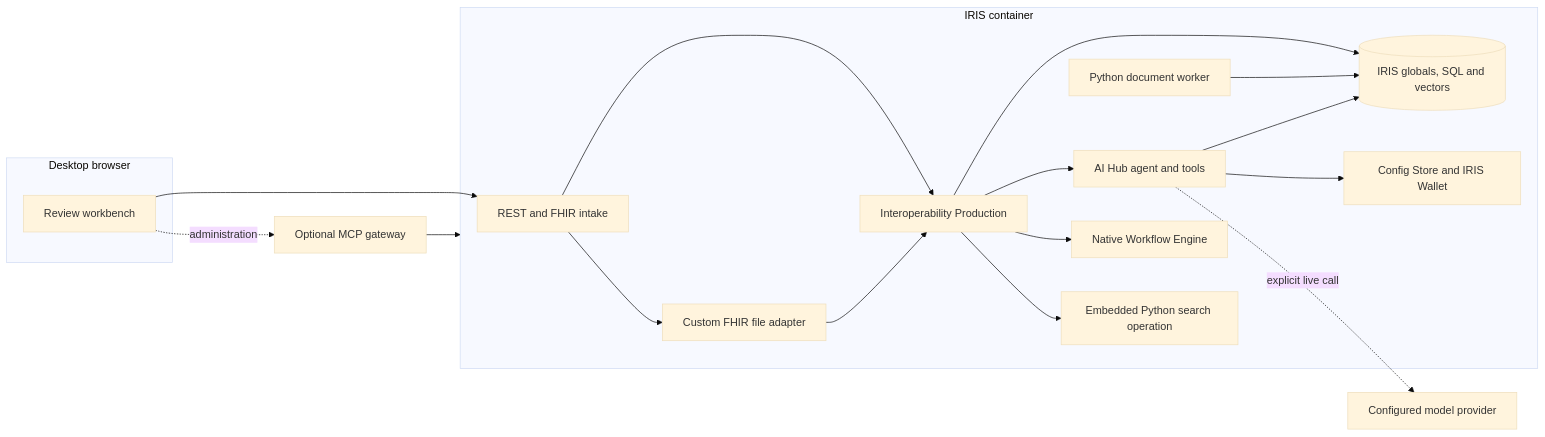
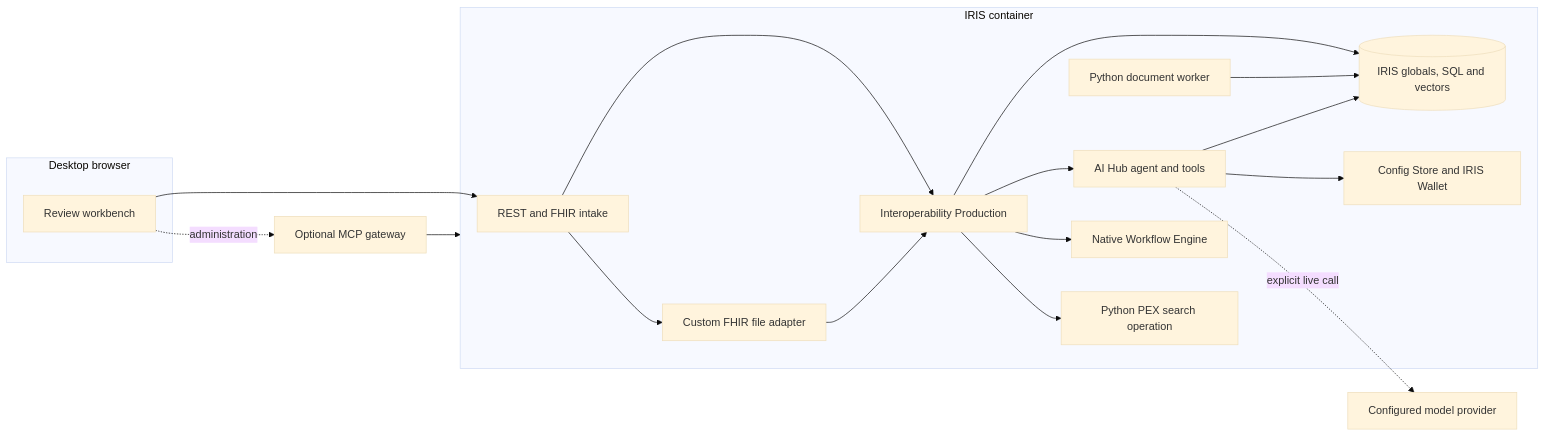
Before and after one commit to boanerges1227/MedicalInsuranceAudit: the second of 2 diagrams in README.md, drawn with Mermaid (base theme). The commit also changed other lines of this file and 10 other files, not shown here.

Commit message:
feat: run query embeddings through Python PEX

````diff
--- a/README.md
+++ b/README.md
@@ -81,31 +81,31 @@
 ```mermaid
 flowchart LR
     subgraph Client[Desktop browser]
         UI[Review workbench]
     end
     subgraph IRIS[IRIS container]
         API[REST and FHIR intake]
         ADAPTER[Custom FHIR file adapter]
         PROD[Interoperability Production]
         AGENT[AI Hub agent and tools]
         WORKER[Python document worker]
-        EMBED[Embedded Python search operation]
+        EMBED[Python PEX search operation]
         FLOW[Native Workflow Engine]
         STORE[(IRIS globals, SQL and vectors)]
         CONFIG[Config Store and IRIS Wallet]
         API --> PROD
         API --> ADAPTER
         ADAPTER --> PROD
         PROD --> STORE
         PROD --> AGENT
         PROD --> FLOW
         PROD --> EMBED
         AGENT --> STORE
         AGENT --> CONFIG
         WORKER --> STORE
     end
     UI --> API
     UI -. administration .-> GATEWAY[Optional MCP gateway]
     GATEWAY --> IRIS
     AGENT -. explicit live call .-> MODEL[Configured model provider]
 ```
````
